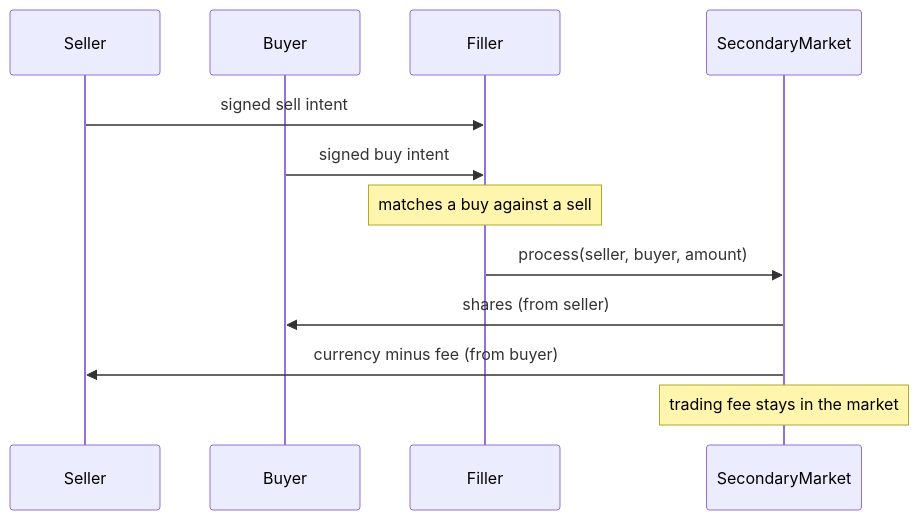
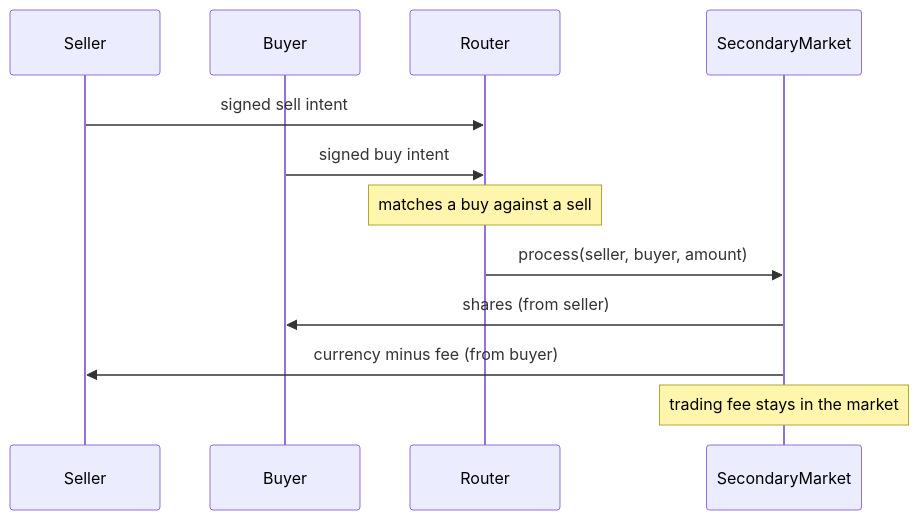
The diagram in doc/secondarymarket.md (aktionariat/contracts), drawn with Mermaid before and after one commit. The commit also changed other lines of this file and 6 other files, not shown here.

First line of the commit message:
Rename router -> filler

````diff
--- a/doc/secondarymarket.md
+++ b/doc/secondarymarket.md
@@ -9,14 +9,14 @@
 ```mermaid
 sequenceDiagram
     participant S as Seller
     participant B as Buyer
-    participant F as Filler
+    participant R as Router
     participant M as SecondaryMarket
-    S->>F: signed sell intent
-    B->>F: signed buy intent
-    Note over F: matches a buy against a sell
-    F->>M: process(seller, buyer, amount)
+    S->>R: signed sell intent
+    B->>R: signed buy intent
+    Note over R: matches a buy against a sell
+    R->>M: process(seller, buyer, amount)
     M->>B: shares (from seller)
     M->>S: currency minus fee (from buyer)
     Note over M: trading fee stays in the market
 ```
````
